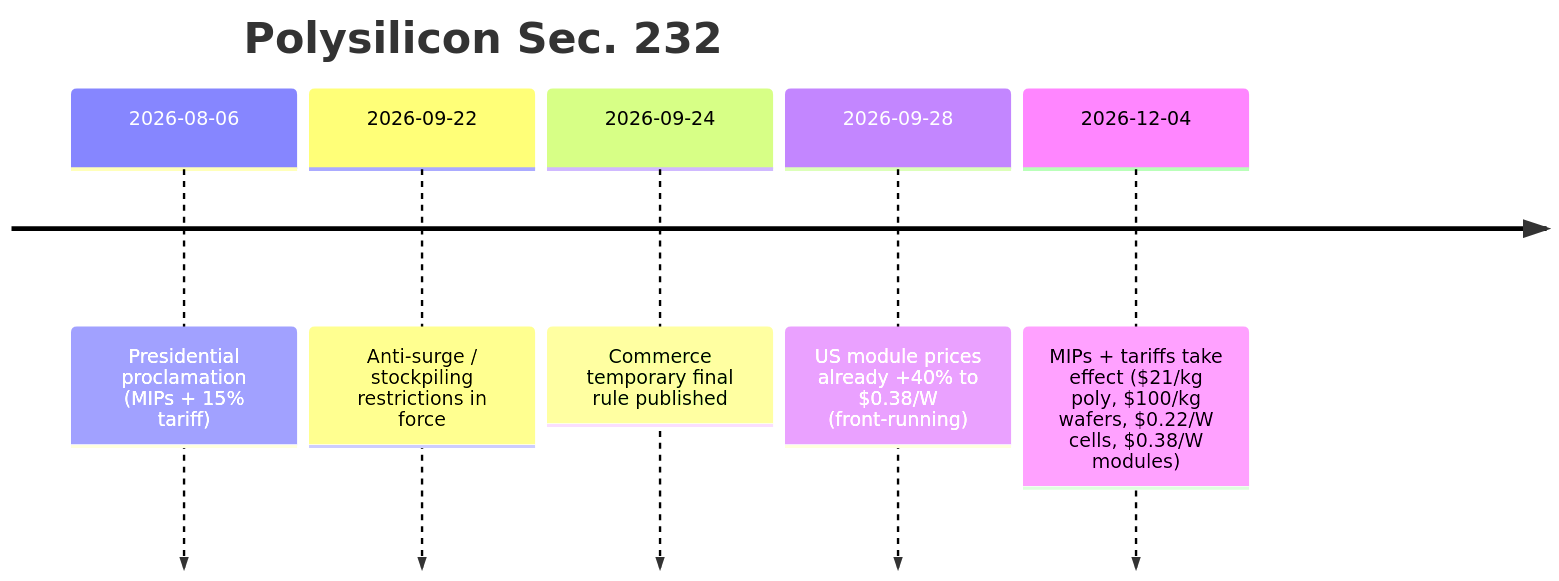
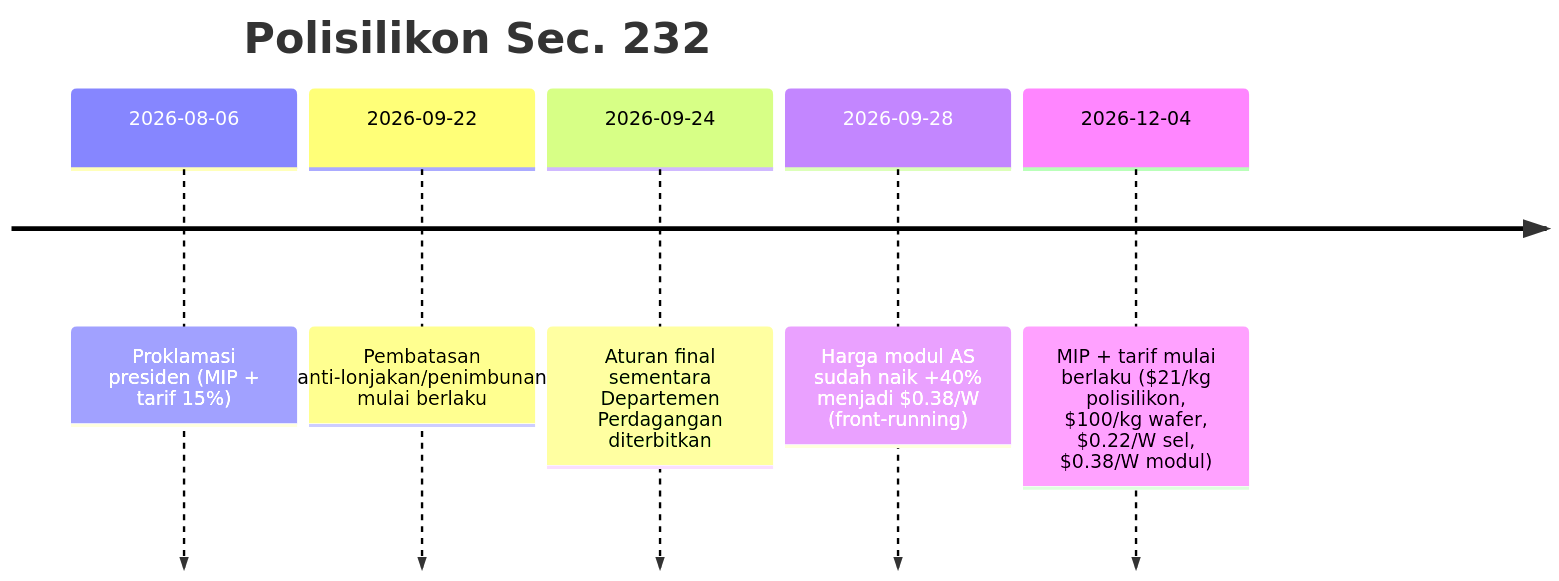
Before and after one commit to dureach/research: the third of 3 diagrams in Global-Trade-Intelligence-weekly-2026-10-05/index.id.md, drawn with Mermaid. The commit also changed other lines of this file and 5 other files, not shown here.

Commit message:
Translate mermaid diagram labels in all 6 languages

````diff
--- a/Global-Trade-Intelligence-weekly-2026-10-05/index.id.md
+++ b/Global-Trade-Intelligence-weekly-2026-10-05/index.id.md
@@ -384,9 +384,9 @@
 ```mermaid
 timeline
-    title Polysilicon Sec. 232
-    2026-08-06 : Presidential proclamation (MIPs + 15% tariff)
-    2026-09-22 : Anti-surge / stockpiling restrictions in force
-    2026-09-24 : Commerce temporary final rule published
-    2026-09-28 : US module prices already +40% to $0.38/W (front-running)
-    2026-12-04 : MIPs + tariffs take effect ($21/kg poly, $100/kg wafers, $0.22/W cells, $0.38/W modules)
+    title Polisilikon Sec. 232
+    2026-08-06 : Proklamasi presiden (MIP + tarif 15%)
+    2026-09-22 : Pembatasan anti-lonjakan/penimbunan mulai berlaku
+    2026-09-24 : Aturan final sementara Departemen Perdagangan diterbitkan
+    2026-09-28 : Harga modul AS sudah naik +40% menjadi $0.38/W (front-running)
+    2026-12-04 : MIP + tarif mulai berlaku ($21/kg polisilikon, $100/kg wafer, $0.22/W sel, $0.38/W modul)
 ```
````
